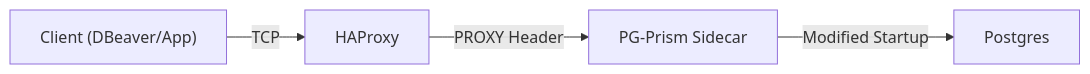
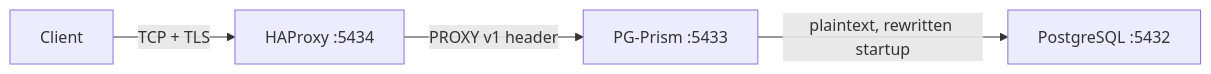
Before and after one commit to heyobi/pg-prism: the diagram in README.md, drawn with Mermaid. The commit also changed other lines of this file and 1 other file, not shown here.

````diff
--- a/README.md
+++ b/README.md
@@ -21,6 +41,6 @@
 ```mermaid
 graph LR
-    Client["Client (DBeaver/App)"] -->|TCP| HAProxy
-    HAProxy -->|PROXY Header| PGPrism[PG-Prism Sidecar]
-    PGPrism -->|Modified Startup| Postgres
+    Client["Client"] -->|TCP + TLS| HAProxy["HAProxy :5434"]
+    HAProxy -->|PROXY v1 header| PGPrism["PG-Prism :5433"]
+    PGPrism -->|"plaintext, rewritten startup"| Postgres["PostgreSQL :5432"]
 ```
````
